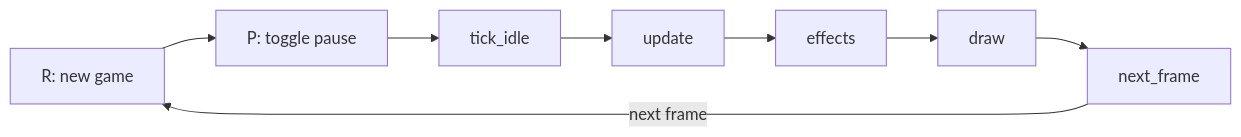
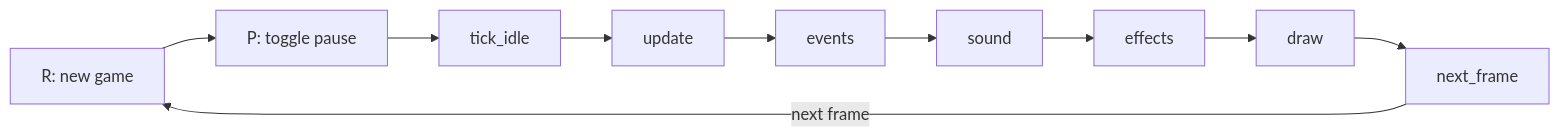
One commit to chussenot/polyfall changed the second of 2 diagrams in docs/architecture/components.md. Above: the diagram before and after it, drawn with Mermaid. The commit also changed other lines of this file and 78 other files, not shown here.

````diff
--- a/docs/architecture/components.md
+++ b/docs/architecture/components.md
@@ -119,12 +133,14 @@
 ```mermaid
 flowchart LR
     R["R: new game"]
     P["P: toggle pause"]
     Idle["tick_idle"]
     Upd["update"]
+    Ev["events"]
+    Snd["sound"]
     Fx["effects"]
     Draw["draw"]
     Next["next_frame"]
-    R --> P --> Idle --> Upd --> Fx --> Draw --> Next
+    R --> P --> Idle --> Upd --> Ev --> Snd --> Fx --> Draw --> Next
     Next -->|"next frame"| R
 ```
````
